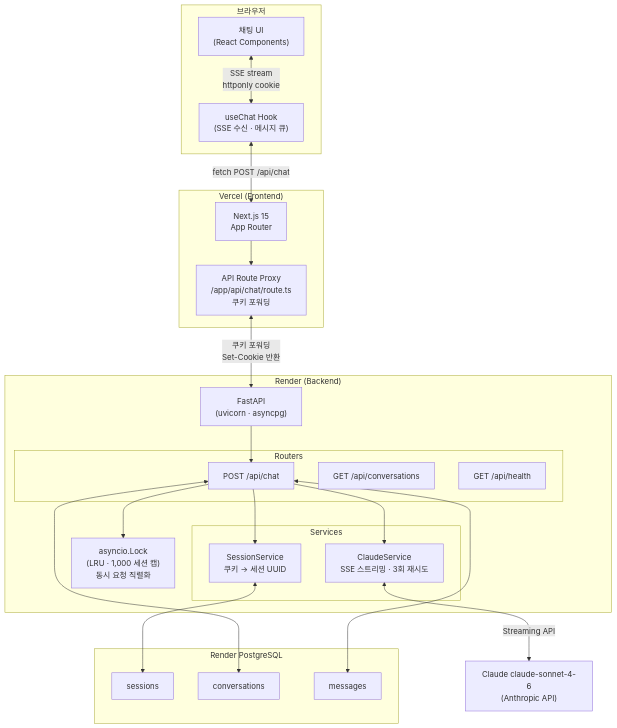
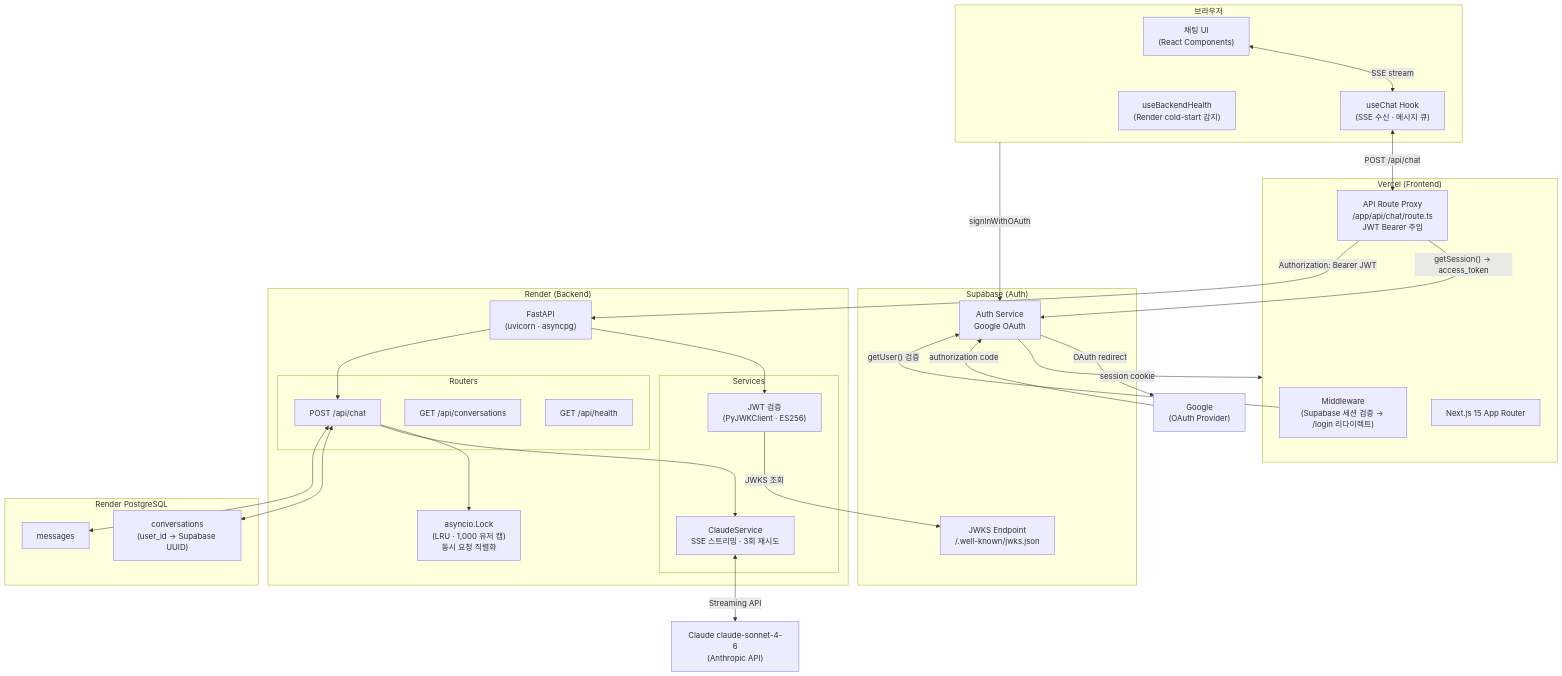
Before and after one commit to JayKim88/lingua-rag: the first of 4 diagrams in README.md, drawn with Mermaid. The commit also changed other lines of this file and 11 other files, not shown here.

````diff
--- a/README.md
+++ b/README.md
@@ -9,47 +9,61 @@
 ```mermaid
 graph TB
     subgraph Browser["브라우저"]
         UI["채팅 UI\n(React Components)"]
         Hook["useChat Hook\n(SSE 수신 · 메시지 큐)"]
+        Health["useBackendHealth\n(Render cold-start 감지)"]
     end
 
     subgraph Vercel["Vercel (Frontend)"]
-        Next["Next.js 15\nApp Router"]
-        Proxy["API Route Proxy\n/app/api/chat/route.ts\n쿠키 포워딩"]
+        MW["Middleware\n(Supabase 세션 검증 → /login 리다이렉트)"]
+        Next["Next.js 15 App Router"]
+        Proxy["API Route Proxy\n/app/api/chat/route.ts\nJWT Bearer 주입"]
     end
+
+    subgraph Supabase["Supabase (Auth)"]
+        SupaAuth["Auth Service\nGoogle OAuth"]
+        JWKS["JWKS Endpoint\n/.well-known/jwks.json"]
+    end
+
+    Google["Google\n(OAuth Provider)"]
 
     subgraph Render["Render (Backend)"]
         FastAPI["FastAPI\n(uvicorn · asyncpg)"]
         subgraph Services["Services"]
-            SessionSvc["SessionService\n쿠키 → 세션 UUID"]
+            AuthDep["JWT 검증\n(PyJWKClient · ES256)"]
             ClaudeSvc["ClaudeService\nSSE 스트리밍 · 3회 재시도"]
         end
         subgraph Routers["Routers"]
             ChatRouter["POST /api/chat"]
             ConvRouter["GET /api/conversations"]
             HealthRouter["GET /api/health"]
         end
-        Lock["asyncio.Lock\n(LRU · 1,000 세션 캡)\n동시 요청 직렬화"]
+        Lock["asyncio.Lock\n(LRU · 1,000 유저 캡)\n동시 요청 직렬화"]
     end
 
     subgraph DB["Render PostgreSQL"]
-        Sessions["sessions"]
-        Conversations["conversations"]
+        Conversations["conversations\n(user_id → Supabase UUID)"]
         Messages["messages"]
     end
 
     Claude["Claude claude-sonnet-4-6\n(Anthropic API)"]
 
-    UI <-->|"SSE stream\nhttponly cookie"| Hook
-    Hook <-->|"fetch POST /api/chat"| Next
-    Next --> Proxy
-    Proxy <-->|"쿠키 포워딩\nSet-Cookie 반환"| FastAPI
+    UI <-->|"SSE stream"| Hook
+    Hook <-->|"POST /api/chat"| Proxy
+    Proxy -->|"getSession() → access_token"| SupaAuth
+    Proxy -->|"Authorization: Bearer JWT"| FastAPI
+    FastAPI --> AuthDep
+    AuthDep -->|"JWKS 조회"| JWKS
     FastAPI --> ChatRouter
-    ChatRouter --> SessionSvc
     ChatRouter --> Lock
     ChatRouter --> ClaudeSvc
-    SessionSvc <--> Sessions
     ChatRouter <--> Conversations
     ChatRouter <--> Messages
     ClaudeSvc <-->|"Streaming API"| Claude
+
+    Browser -->|"signInWithOAuth"| SupaAuth
+    SupaAuth -->|"OAuth redirect"| Google
+    Google -->|"authorization code"| SupaAuth
+    SupaAuth -->|"session cookie"| Vercel
+    MW -->|"getUser() 검증"| SupaAuth
 ```
````
